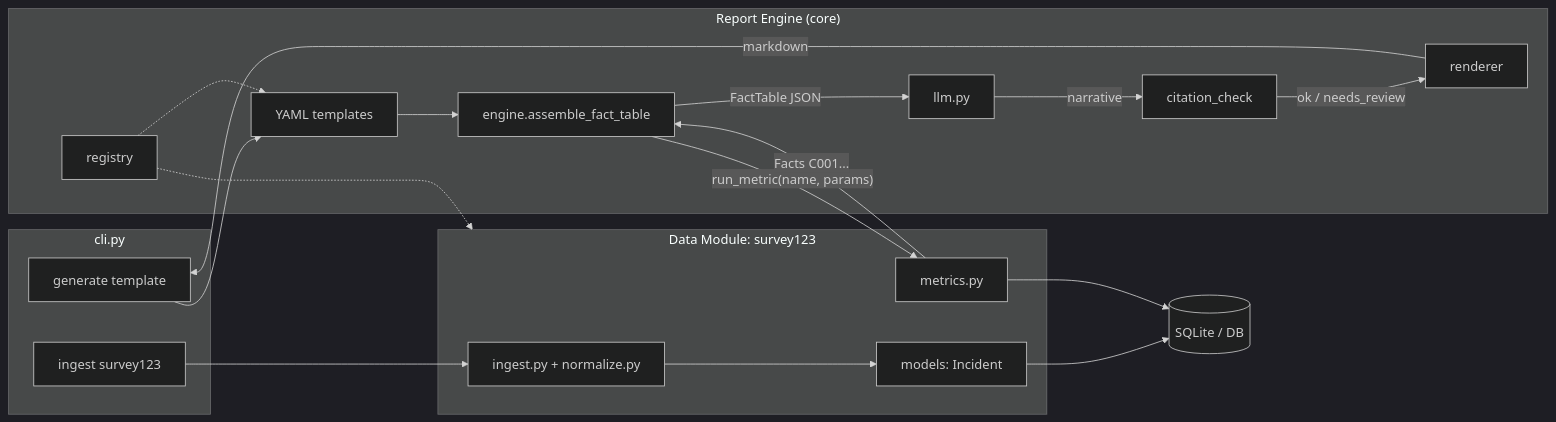
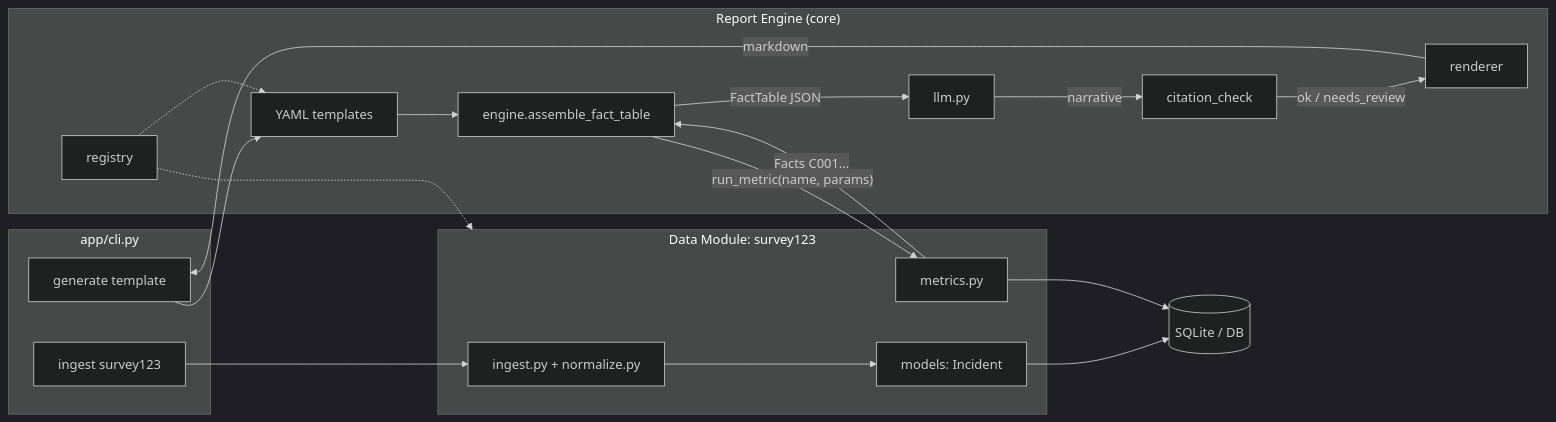
One commit to AIClimateTT/AI4SIDS-gov changed the diagram in DEMO.md. Above: the diagram before and after it, drawn with Mermaid (dark theme). The commit also changed other lines of this file and 6 other files, not shown here.

First line of the commit message:
feat(cli): add db reset, move the CLI into the app package

````diff
--- a/DEMO.md
+++ b/DEMO.md
@@ -18,37 +18,37 @@
 ```mermaid
 flowchart LR
-  subgraph CLI["cli.py"]
+  subgraph CLI["app/cli.py"]
     IN["ingest survey123"]
     GEN["generate template"]
   end
 
   subgraph DM["Data Module: survey123"]
     IG["ingest.py + normalize.py"]
     MET["metrics.py"]
     MDL["models: Incident"]
   end
 
   subgraph CORE["Report Engine (core)"]
     REG["registry"]
     TPL["YAML templates"]
     ENG["engine.assemble_fact_table"]
     LLM["llm.py"]
     CIT["citation_check"]
     RND["renderer"]
   end
 
   DB[("SQLite / DB")]
 
   IN --> IG --> MDL --> DB
   GEN --> TPL
   TPL --> ENG
   ENG -->|"run_metric(name, params)"| MET
   MET --> DB
   MET -->|Facts C001...| ENG
   ENG -->|FactTable JSON| LLM
   LLM -->|narrative| CIT
   CIT -->|ok / needs_review| RND
   RND -->|markdown| GEN
   REG -.-> DM
   REG -.-> TPL
 ```
````
